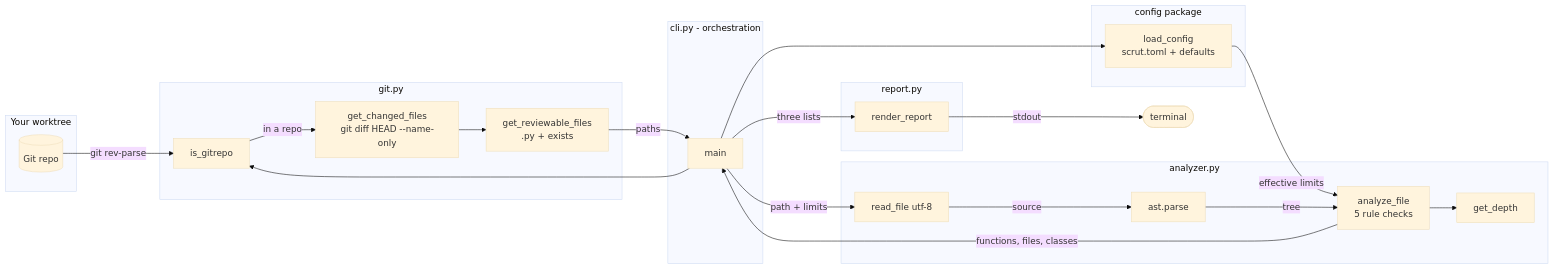
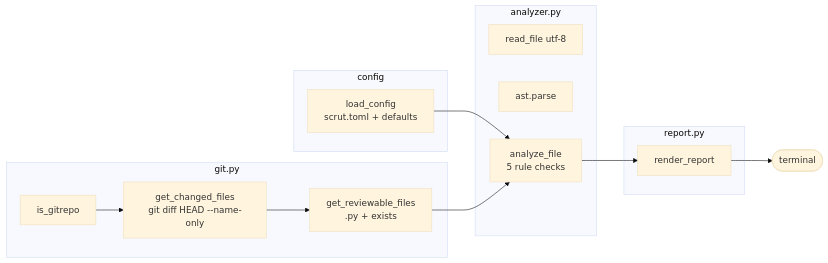
Before and after one commit to mukundzha/avouch: the first of 2 diagrams in README.md, drawn with Mermaid (base theme). The commit also changed other lines of this file and 2 other files, not shown here.

````diff
--- a/README.md
+++ b/README.md
@@ -15,46 +226,24 @@
 ```mermaid
 flowchart LR
-    subgraph you[Your worktree]
-        A[(Git repo)]
+    subgraph git[git.py]
+        A[is_gitrepo]
+        B[get_changed_files<br/>git diff HEAD --name-only]
+        C[get_reviewable_files<br/>.py + exists]
     end
-
-    subgraph cli[cli.py - orchestration]
-        M[main]
+    subgraph cfg[config]
+        D[load_config<br/>scrut.toml + defaults]
     end
-
-    subgraph gitmod[git.py]
-        B[is_gitrepo]
-        C[get_changed_files<br/>git diff HEAD --name-only]
-        D[get_reviewable_files<br/>.py + exists]
+    subgraph ana[analyzer.py]
+        E[read_file utf-8]
+        F[ast.parse]
+        G[analyze_file<br/>5 rule checks]
     end
-
-    subgraph cfg[config package]
-        E[load_config<br/>scrut.toml + defaults]
+    subgraph rep[report.py]
+        H[render_report]
     end
-
-    subgraph ana[analyzer.py]
-        F[read_file utf-8]
-        G[ast.parse]
-        H[analyze_file<br/>5 rule checks]
-        I[get_depth]
-    end
-
-    subgraph rep[report.py]
-        J[render_report]
-    end
-
-    A -->|git rev-parse| B
-    B -->|in a repo| C
-    C --> D
-    M --> E
-    M --> B
-    D -->|paths| M
-    E -->|effective limits| H
-    M -->|path + limits| F
-    F -->|source| G
-    G -->|tree| H
-    H --> I
-    H -->|functions, files, classes| M
-    M -->|three lists| J
-    J -->|stdout| K([terminal])
+    A --> B --> C
+    D --> G
+    C --> G
+    G --> H
+    H --> I([terminal])
 ```
````
